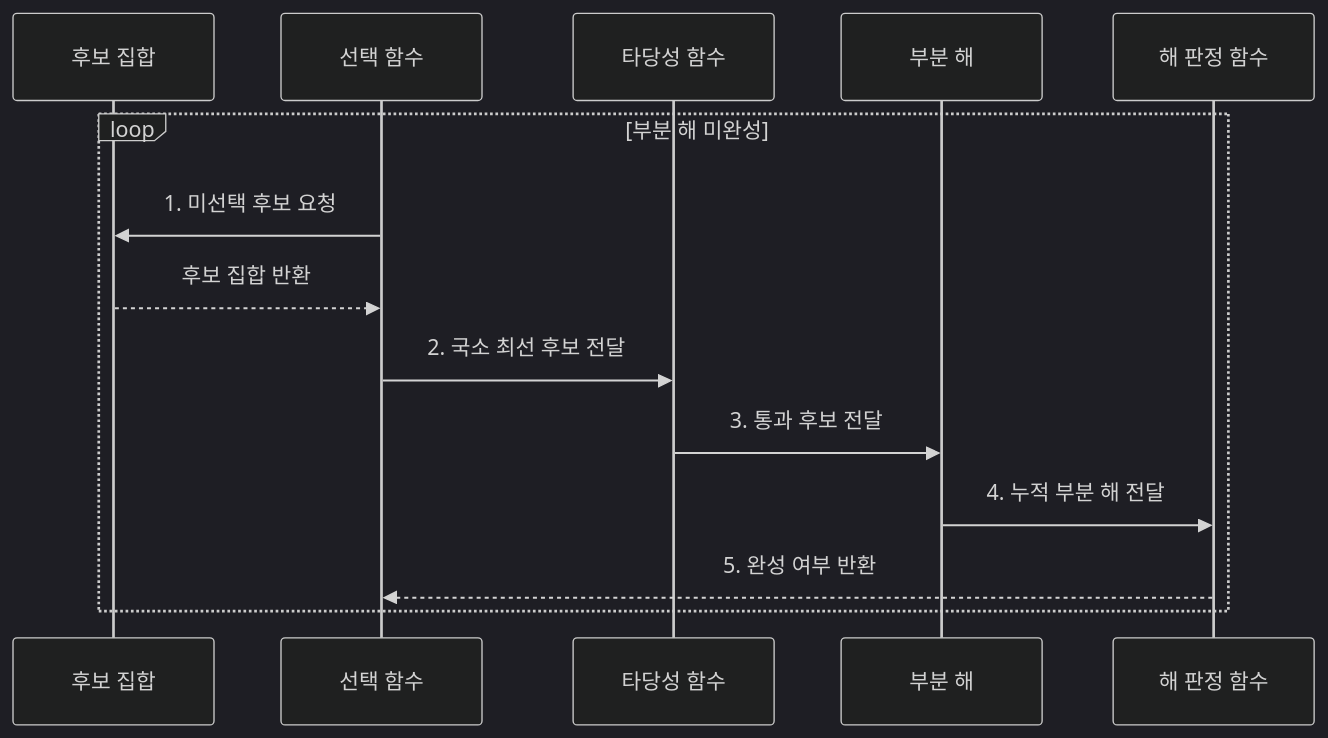
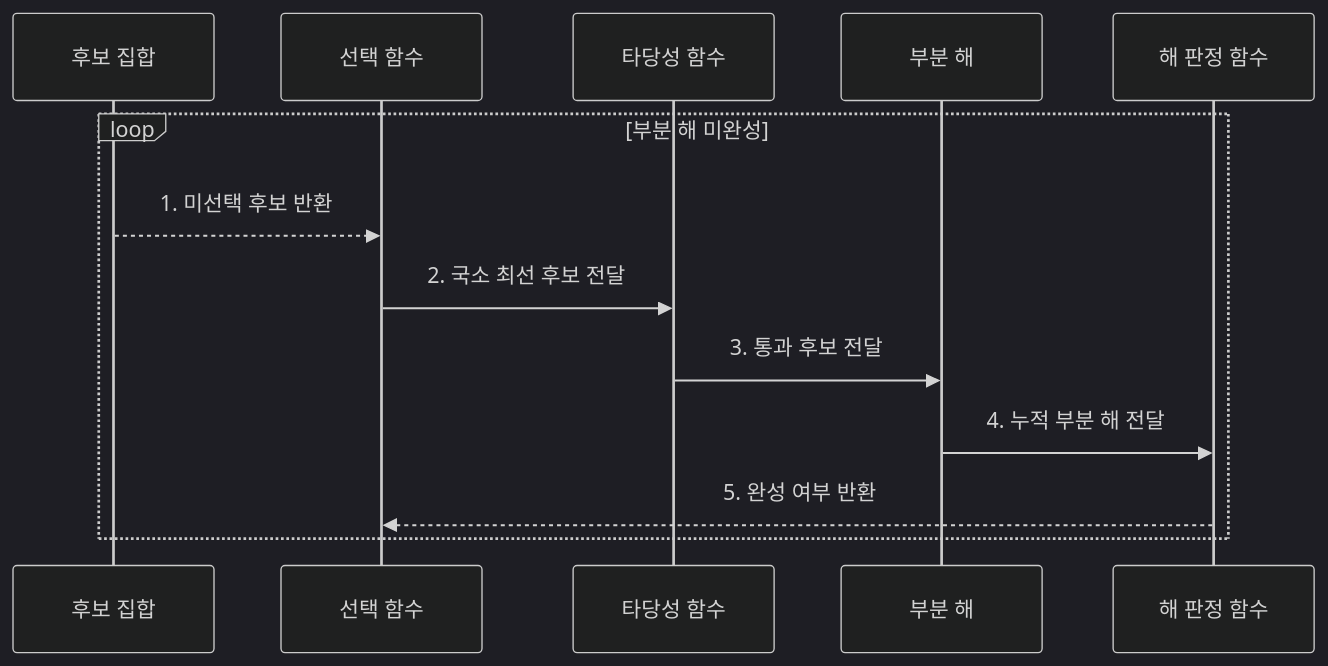
Before and after one commit to agnusdei1207/knowledge-base: the second of 2 diagrams in src/content/docs/notes/01-basic-theory/015_greedy_algorithm.md, drawn with Mermaid (dark theme). The commit also changed other lines of this file and 19 other files, not shown here.

````diff
--- a/src/content/docs/notes/01-basic-theory/015_greedy_algorithm.md
+++ b/src/content/docs/notes/01-basic-theory/015_greedy_algorithm.md
@@ -84,16 +84,15 @@
 ```mermaid
 sequenceDiagram
     participant C as 후보 집합
     participant S as 선택 함수
     participant F as 타당성 함수
     participant P as 부분 해
     participant H as 해 판정 함수
     loop 부분 해 미완성
-        S->>C: 1. 미선택 후보 요청
-        C-->>S: 후보 집합 반환
+        C-->>S: 1. 미선택 후보 반환
         S->>F: 2. 국소 최선 후보 전달
         F->>P: 3. 통과 후보 전달
         P->>H: 4. 누적 부분 해 전달
         H-->>S: 5. 완성 여부 반환
     end
 ```
````
